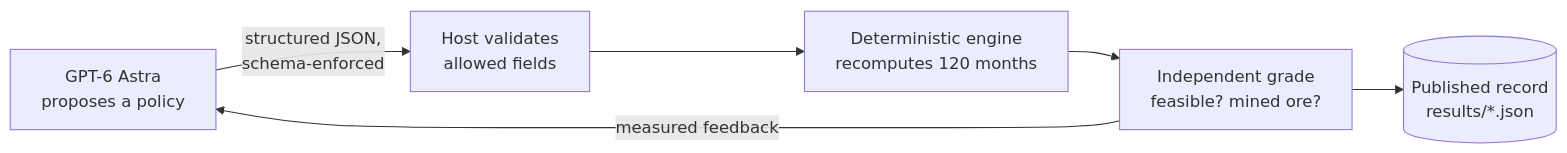
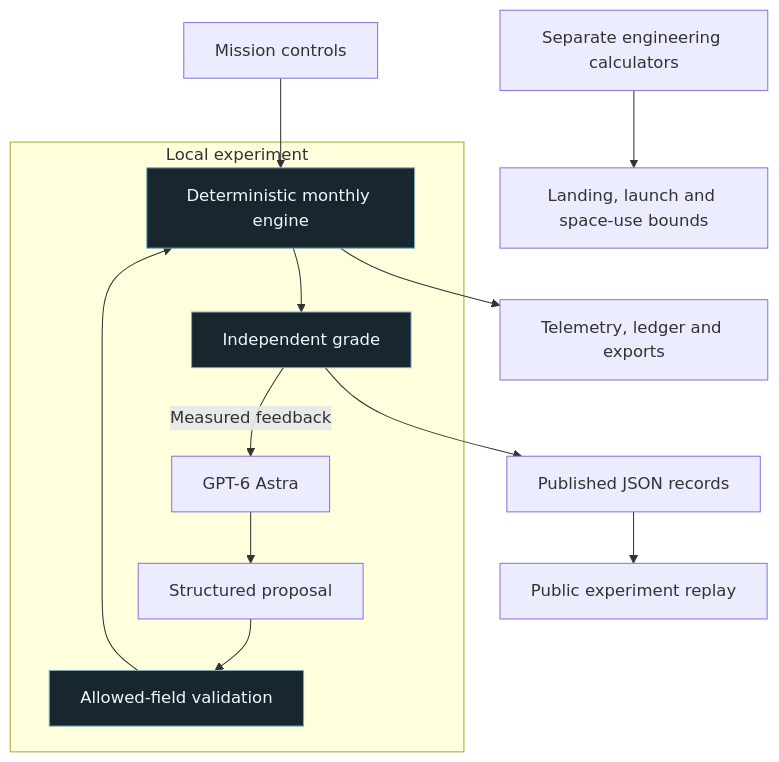
Before and after one commit to vnmoorthy/starbound: the second of 2 diagrams in README.md, drawn with Mermaid. The commit also changed other lines of this file and 10 other files, not shown here.

````diff
--- a/README.md
+++ b/README.md
@@ -85,8 +81,17 @@
 ```mermaid
-flowchart LR
-  Astra[GPT-6 Astra<br/>proposes a policy] -->|structured JSON,<br/>schema-enforced| Validate[Host validates<br/>allowed fields]
-  Validate --> Engine[Deterministic engine<br/>recomputes 120 months]
-  Engine --> Grade[Independent grade<br/>feasible? mined ore?]
-  Grade -->|measured feedback| Astra
-  Grade --> Record[(Published record<br/>results/*.json)]
+flowchart TB
+  Controls[Mission controls] --> Engine[Deterministic monthly engine]
+  Engine --> Results[Telemetry, ledger and exports]
+  Diagnostics[Separate engineering calculators] --> Bounds[Landing, launch and space-use bounds]
+  subgraph Local experiment
+    Astra[GPT-6 Astra] --> Proposal[Structured proposal]
+    Proposal --> Validate[Allowed-field validation]
+    Validate --> Engine
+    Engine --> Grade[Independent grade]
+    Grade -->|Measured feedback| Astra
+  end
+  Grade --> Record[Published JSON records]
+  Record --> Replay[Public experiment replay]
+  classDef core fill:#18272e,stroke:#7aabb8,color:#edf8ff;
+  class Engine,Validate,Grade core;
 ```
````
